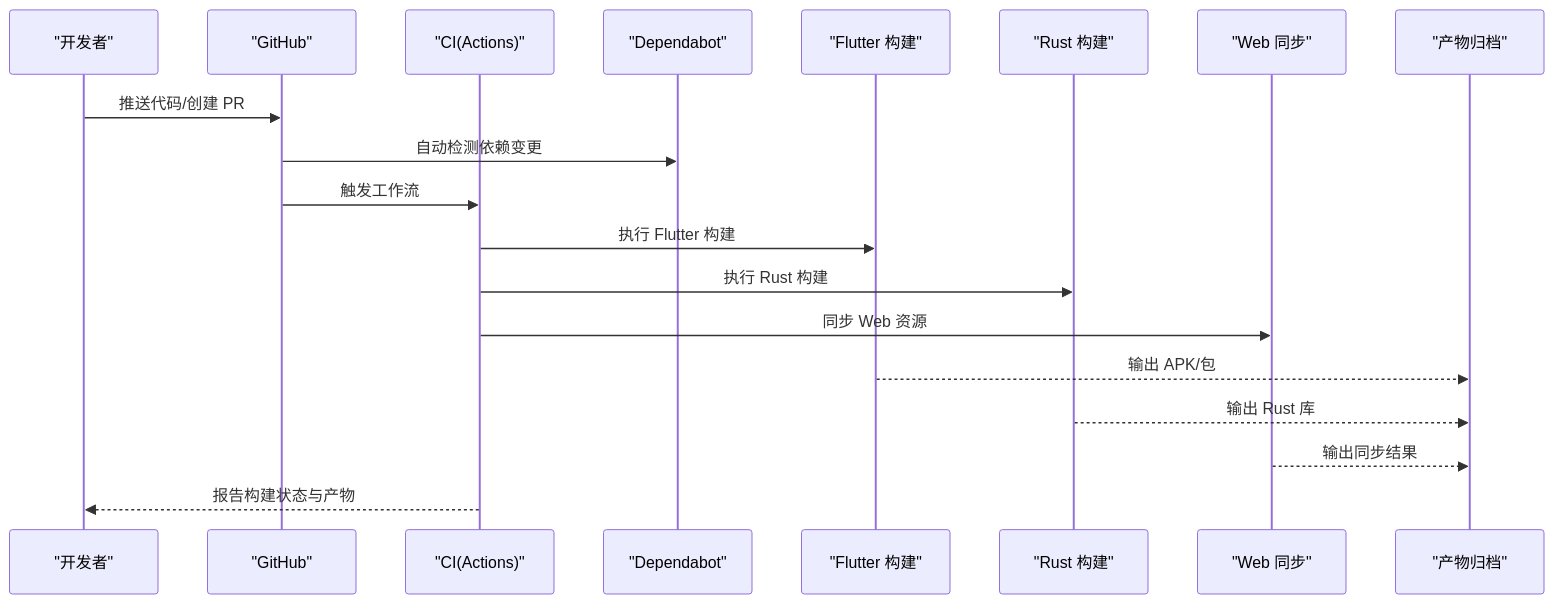
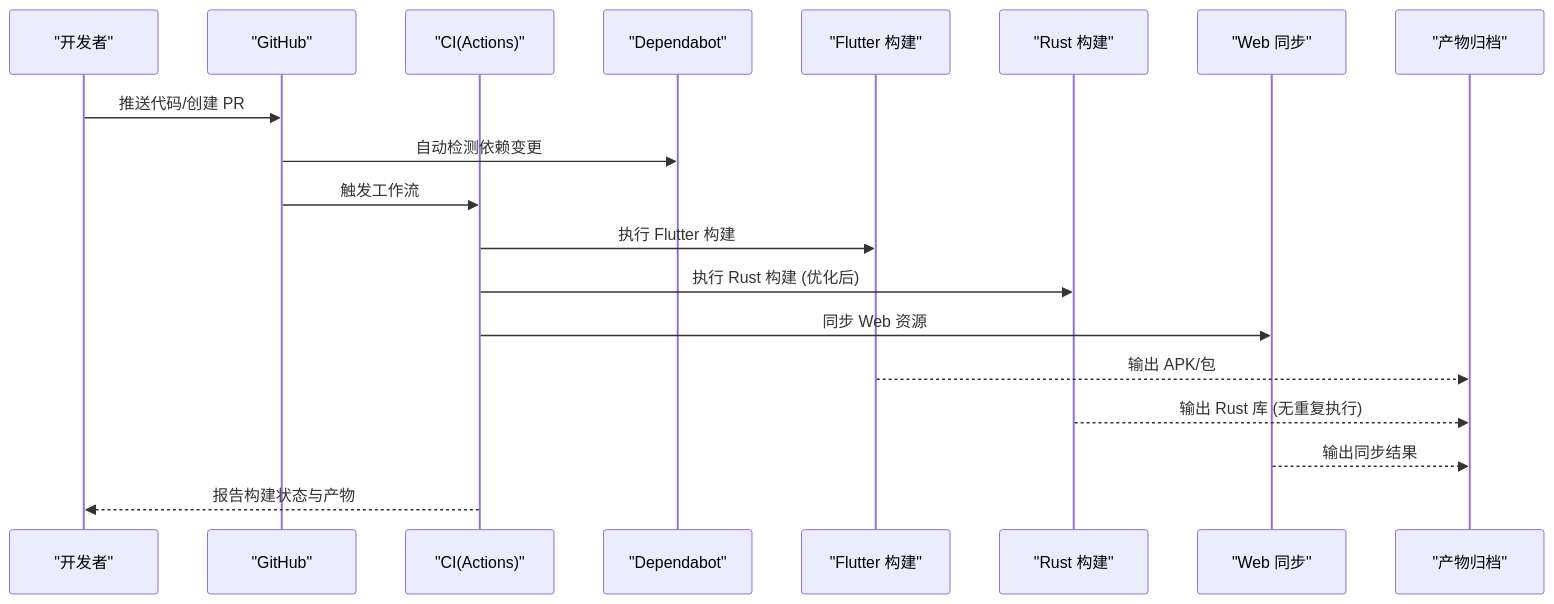
Before and after one commit to ZhangGHGitHub/LegadoTeamFlutter: the second of 7 diagrams in .qoder/repowiki/zh/content/构建和部署/自动化脚本.md, drawn with Mermaid. The commit also changed other lines of this file and 173 other files, not shown here.

````diff
--- a/.qoder/repowiki/zh/content/构建和部署/自动化脚本.md
+++ b/.qoder/repowiki/zh/content/构建和部署/自动化脚本.md
@@ -95,21 +106,21 @@
 ```mermaid
 sequenceDiagram
 participant Dev as "开发者"
 participant GH as "GitHub"
 participant CI as "CI(Actions)"
 participant Dep as "Dependabot"
 participant BuildF as "Flutter 构建"
 participant BuildR as "Rust 构建"
 participant SyncW as "Web 同步"
 participant Art as "产物归档"
 Dev->>GH : 推送代码/创建 PR
 GH->>Dep : 自动检测依赖变更
 GH->>CI : 触发工作流
 CI->>BuildF : 执行 Flutter 构建
-CI->>BuildR : 执行 Rust 构建
+CI->>BuildR : 执行 Rust 构建 (优化后)
 CI->>SyncW : 同步 Web 资源
 BuildF-->>Art : 输出 APK/包
-BuildR-->>Art : 输出 Rust 库
+BuildR-->>Art : 输出 Rust 库 (无重复执行)
 SyncW-->>Art : 输出同步结果
 CI-->>Dev : 报告构建状态与产物
 ```
````
